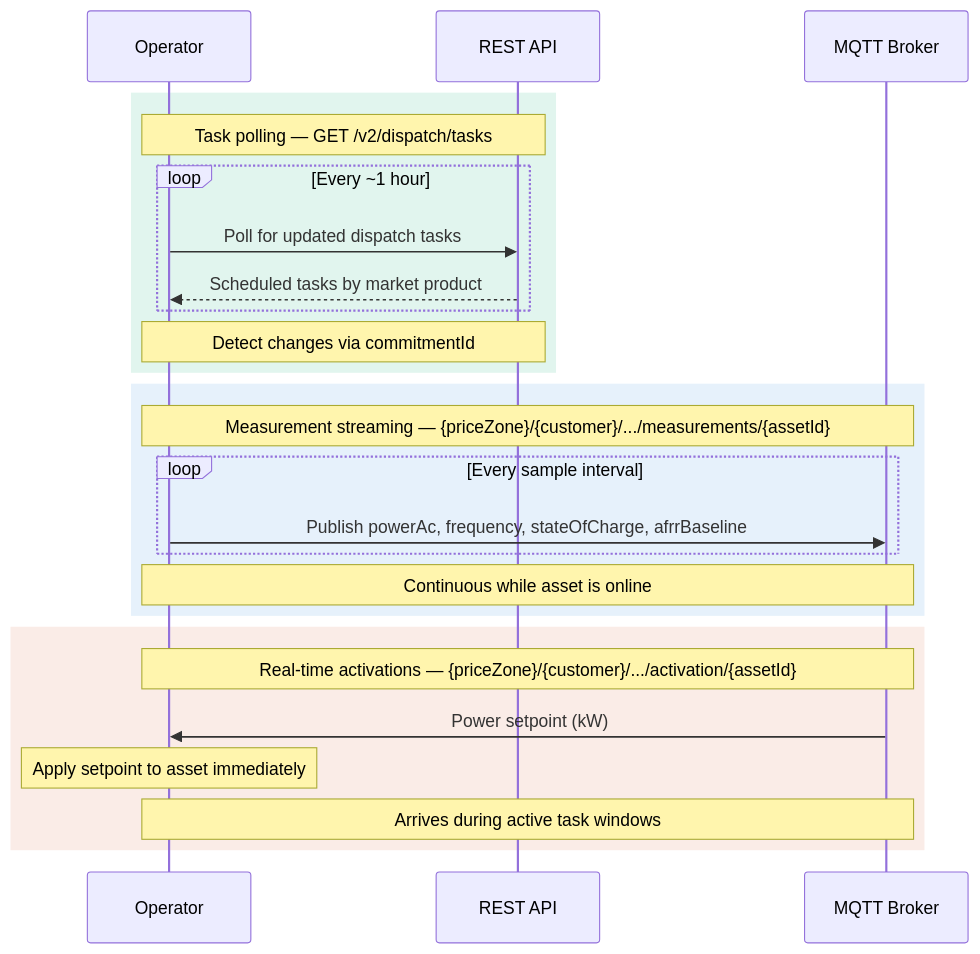
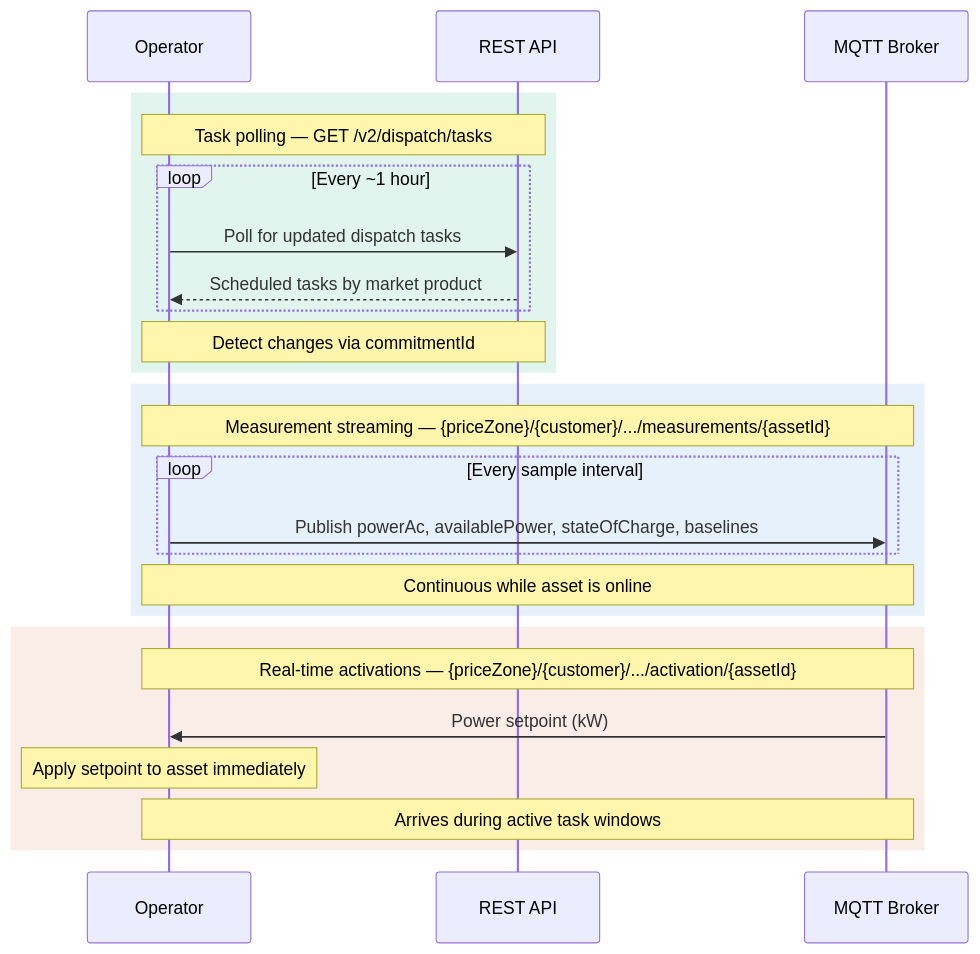
Before and after one commit to Hybrid-Greentech/hgt-api-docs: the diagram in delegated-operators/operational-flow.mdx, drawn with Mermaid. The commit also changed other lines of this file and 13 other files, not shown here.

````diff
--- a/delegated-operators/operational-flow.mdx
+++ b/delegated-operators/operational-flow.mdx
@@ -334,30 +339,30 @@
 ```mermaid
 sequenceDiagram
     participant O as Operator
     participant R as REST API
     participant M as MQTT Broker
 
     rect rgb(225, 245, 238)
     note over O,R: Task polling — GET /v2/dispatch/tasks
     loop Every ~1 hour
         O->>R: Poll for updated dispatch tasks
         R-->>O: Scheduled tasks by market product
     end
     note over O,R: Detect changes via commitmentId
     end
 
     rect rgb(230, 241, 251)
     note over O,M: Measurement streaming — {priceZone}/{customer}/.../measurements/{assetId}
     loop Every sample interval
-        O->>M: Publish powerAc, frequency, stateOfCharge, afrrBaseline
+        O->>M: Publish powerAc, availablePower, stateOfCharge, baselines
     end
     note over O,M: Continuous while asset is online
     end
 
     rect rgb(250, 236, 231)
     note over O,M: Real-time activations — {priceZone}/{customer}/.../activation/{assetId}
     M->>O: Power setpoint (kW)
     note over O: Apply setpoint to asset immediately
     note over O,M: Arrives during active task windows
     end
 ```
````
